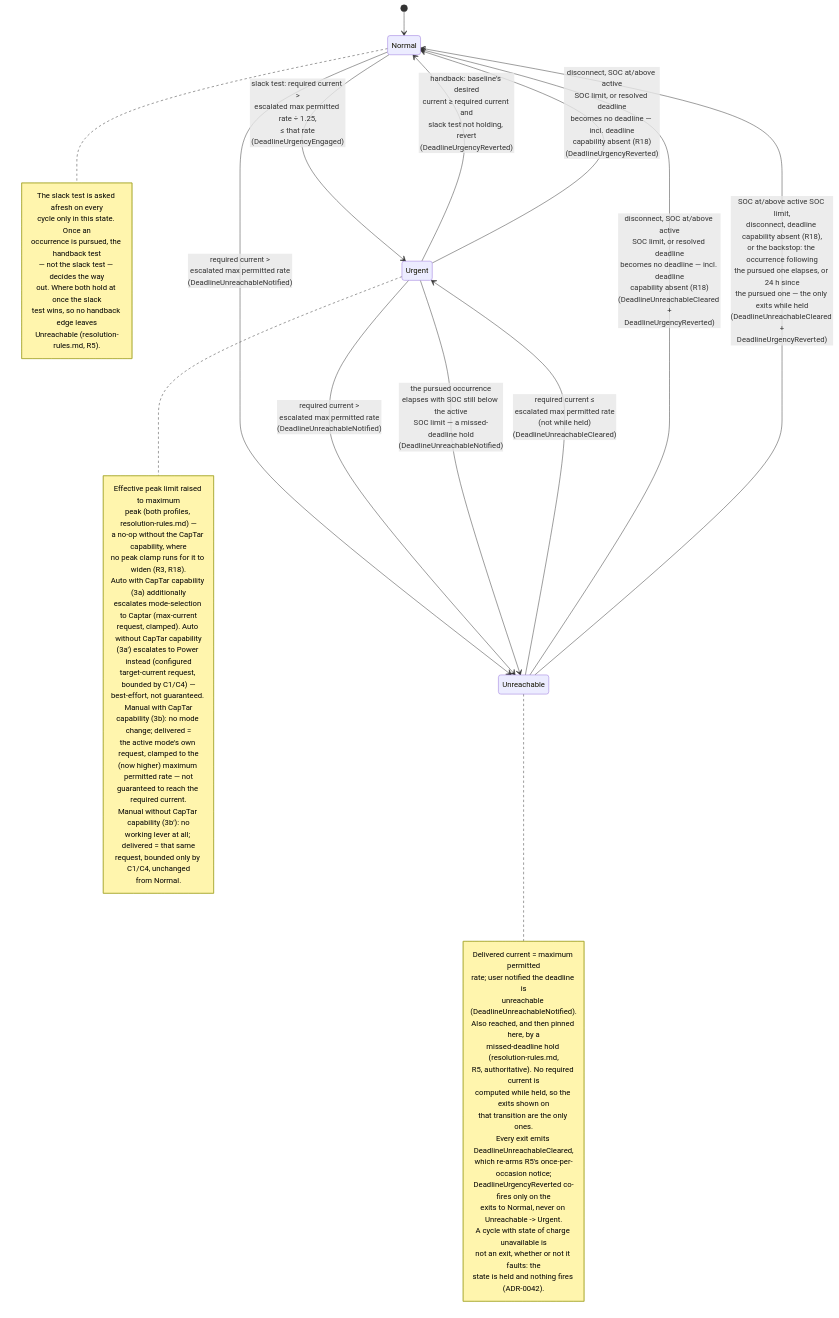
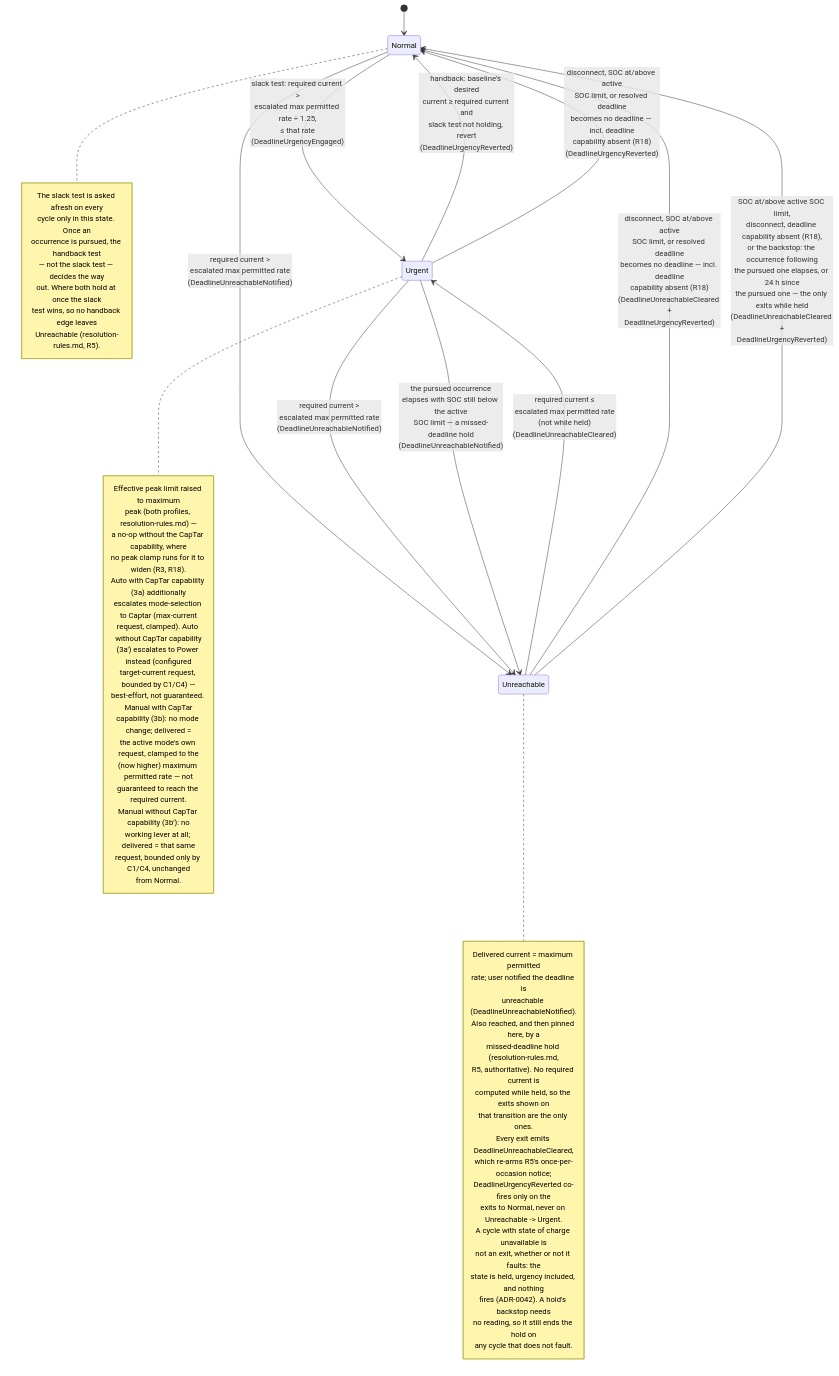
Before and after one commit to kristofdegrave/homeassistant-smart-charging: the diagram in docs/analysis/use-cases/UC05-guarantee-ready-by-departure.md, drawn with Mermaid. The commit also changed other lines of this file and 2 other files, not shown here.

First line of the commit message:
UC05: a SOC-unavailable cycle holds urgency, and a hold's backstop still ends it (#1450)

````diff
--- a/docs/analysis/use-cases/UC05-guarantee-ready-by-departure.md
+++ b/docs/analysis/use-cases/UC05-guarantee-ready-by-departure.md
@@ -111,59 +113,62 @@
 ```mermaid
 stateDiagram-v2
     [*] --> Normal
     Normal --> Urgent: slack test: required current ><br/>escalated max permitted rate ÷ 1.25,<br/>≤ that rate<br/>(DeadlineUrgencyEngaged)
     Normal --> Unreachable: required current ><br/>escalated max permitted rate<br/>(DeadlineUnreachableNotified)
     Urgent --> Normal: handback: baseline's desired<br/>current ≥ required current and<br/>slack test not holding, revert<br/>(DeadlineUrgencyReverted)
     Urgent --> Unreachable: required current ><br/>escalated max permitted rate<br/>(DeadlineUnreachableNotified)
     Urgent --> Unreachable: the pursued occurrence<br/>elapses with SOC still below the active<br/>SOC limit — a missed-deadline hold<br/>(DeadlineUnreachableNotified)
     Urgent --> Normal: disconnect, SOC at/above active<br/>SOC limit, or resolved deadline<br/>becomes no deadline — incl. deadline<br/>capability absent (R18)<br/>(DeadlineUrgencyReverted)
     Unreachable --> Urgent: required current ≤<br/>escalated max permitted rate<br/>(not while held)<br/>(DeadlineUnreachableCleared)
     Unreachable --> Normal: disconnect, SOC at/above active<br/>SOC limit, or resolved deadline<br/>becomes no deadline — incl. deadline<br/>capability absent (R18)<br/>(DeadlineUnreachableCleared +<br/>DeadlineUrgencyReverted)
     Unreachable --> Normal: SOC at/above active SOC limit,<br/>disconnect, deadline capability absent (R18),<br/>or the backstop: the occurrence following<br/>the pursued one elapses, or 24 h since<br/>the pursued one — the only exits while held<br/>(DeadlineUnreachableCleared +<br/>DeadlineUrgencyReverted)
     note right of Normal
         The slack test is asked afresh on every
         cycle only in this state. Once an
         occurrence is pursued, the handback test
         — not the slack test — decides the way
         out. Where both hold at once the slack
         test wins, so no handback edge leaves
         Unreachable (resolution-rules.md, R5).
     end note
     note right of Urgent
         Effective peak limit raised to maximum
         peak (both profiles, resolution-rules.md) —
         a no-op without the CapTar capability, where
         no peak clamp runs for it to widen (R3, R18).
         Auto with CapTar capability (3a) additionally
         escalates mode-selection to Captar (max-current
         request, clamped). Auto without CapTar capability
         (3a′) escalates to Power instead (configured
         target-current request, bounded by C1/C4) —
         best-effort, not guaranteed. Manual with CapTar
         capability (3b): no mode change; delivered =
         the active mode's own request, clamped to the
         (now higher) maximum permitted rate — not
         guaranteed to reach the required current.
         Manual without CapTar capability (3b′): no
         working lever at all; delivered = that same
         request, bounded only by C1/C4, unchanged
         from Normal.
     end note
     note right of Unreachable
         Delivered current = maximum permitted
         rate; user notified the deadline is
         unreachable (DeadlineUnreachableNotified).
         Also reached, and then pinned here, by a
         missed-deadline hold (resolution-rules.md,
         R5, authoritative). No required current is
         computed while held, so the exits shown on
         that transition are the only ones.
         Every exit emits DeadlineUnreachableCleared,
         which re-arms R5's once-per-occasion notice;
         DeadlineUrgencyReverted co-fires only on the
         exits to Normal, never on Unreachable -> Urgent.
         A cycle with state of charge unavailable is
         not an exit, whether or not it faults: the
-        state is held and nothing fires (ADR-0042).
+        state is held, urgency included, and nothing
+        fires (ADR-0042). A hold's backstop needs
+        no reading, so it still ends the hold on
+        any cycle that does not fault.
     end note
 ```
````
